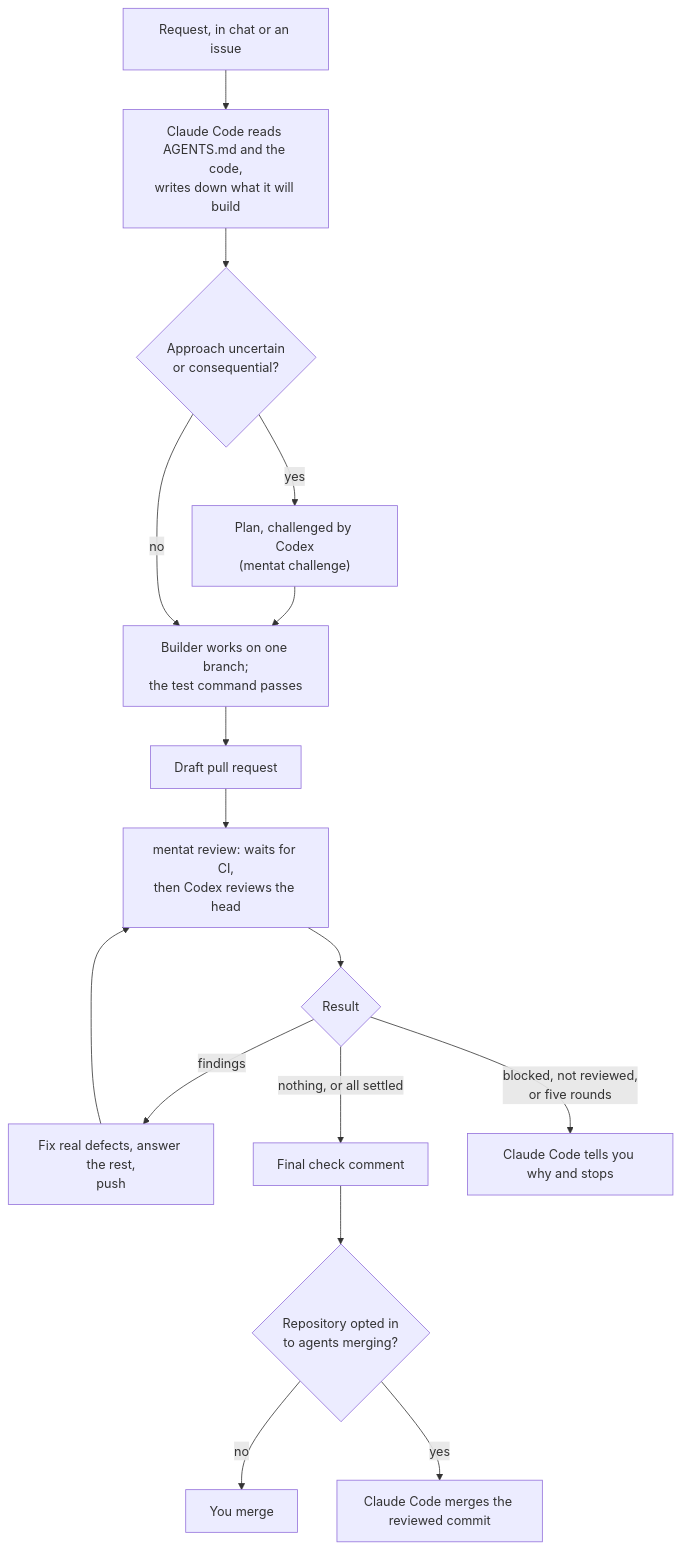
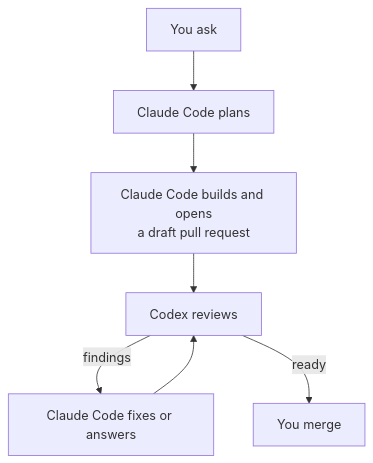
One commit to ericfurspan/mentat changed the first of 3 diagrams in docs/how-it-works.md. Above: the diagram before and after it, drawn with Mermaid. The commit also changed other lines of this file, not shown here.

Commit message:
docs: cut each diagram to seven nodes or fewer

````diff
--- a/docs/how-it-works.md
+++ b/docs/how-it-works.md
@@ -9,18 +9,9 @@
 ```mermaid
 flowchart TD
-    A["Request, in chat or an issue"] --> B["Claude Code reads AGENTS.md and the code,<br/>writes down what it will build"]
-    B --> C{"Approach uncertain<br/>or consequential?"}
-    C -- yes --> D["Plan, challenged by Codex<br/>(mentat challenge)"]
-    D --> E
-    C -- no --> E["Builder works on one branch;<br/>the test command passes"]
-    E --> F["Draft pull request"]
-    F --> G["mentat review: waits for CI,<br/>then Codex reviews the head"]
-    G --> H{"Result"}
-    H -- findings --> I["Fix real defects, answer the rest,<br/>push"]
-    I --> G
-    H -- "nothing, or all settled" --> J["Final check comment"]
-    H -- "blocked, not reviewed,<br/>or five rounds" --> K["Claude Code tells you why and stops"]
-    J --> L{"Repository opted in<br/>to agents merging?"}
-    L -- no --> M["You merge"]
-    L -- yes --> N["Claude Code merges the reviewed commit"]
+    A["You ask"] --> B["Claude Code plans"]
+    B --> C["Claude Code builds and opens<br/>a draft pull request"]
+    C --> D["Codex reviews"]
+    D -- findings --> E["Claude Code fixes or answers"]
+    E --> D
+    D -- ready --> F["You merge"]
 ```
````
